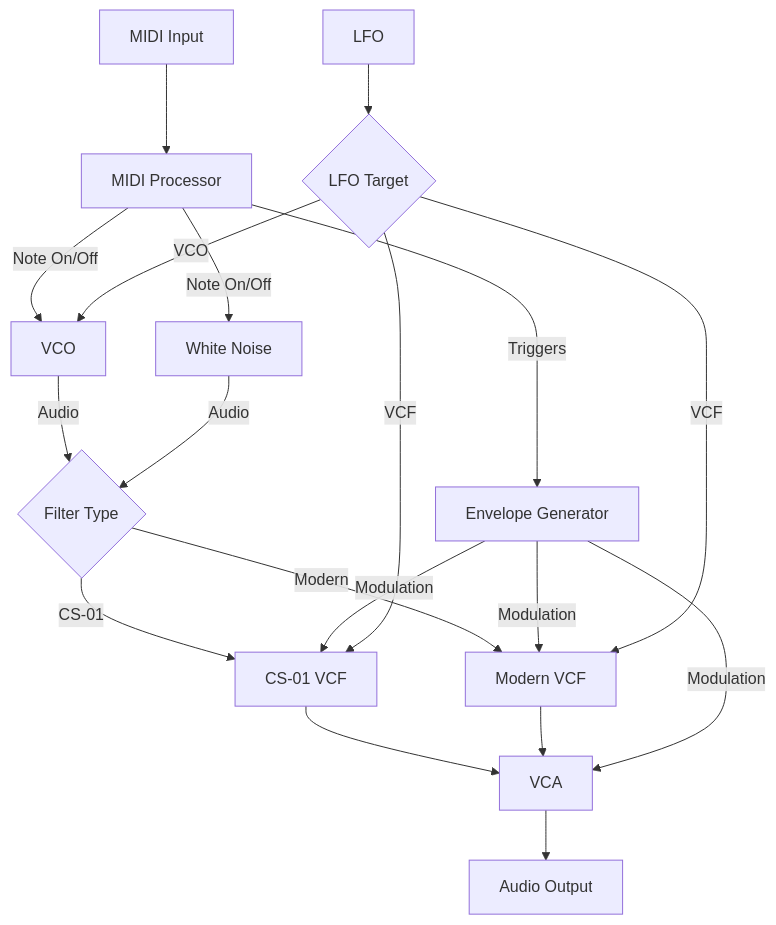
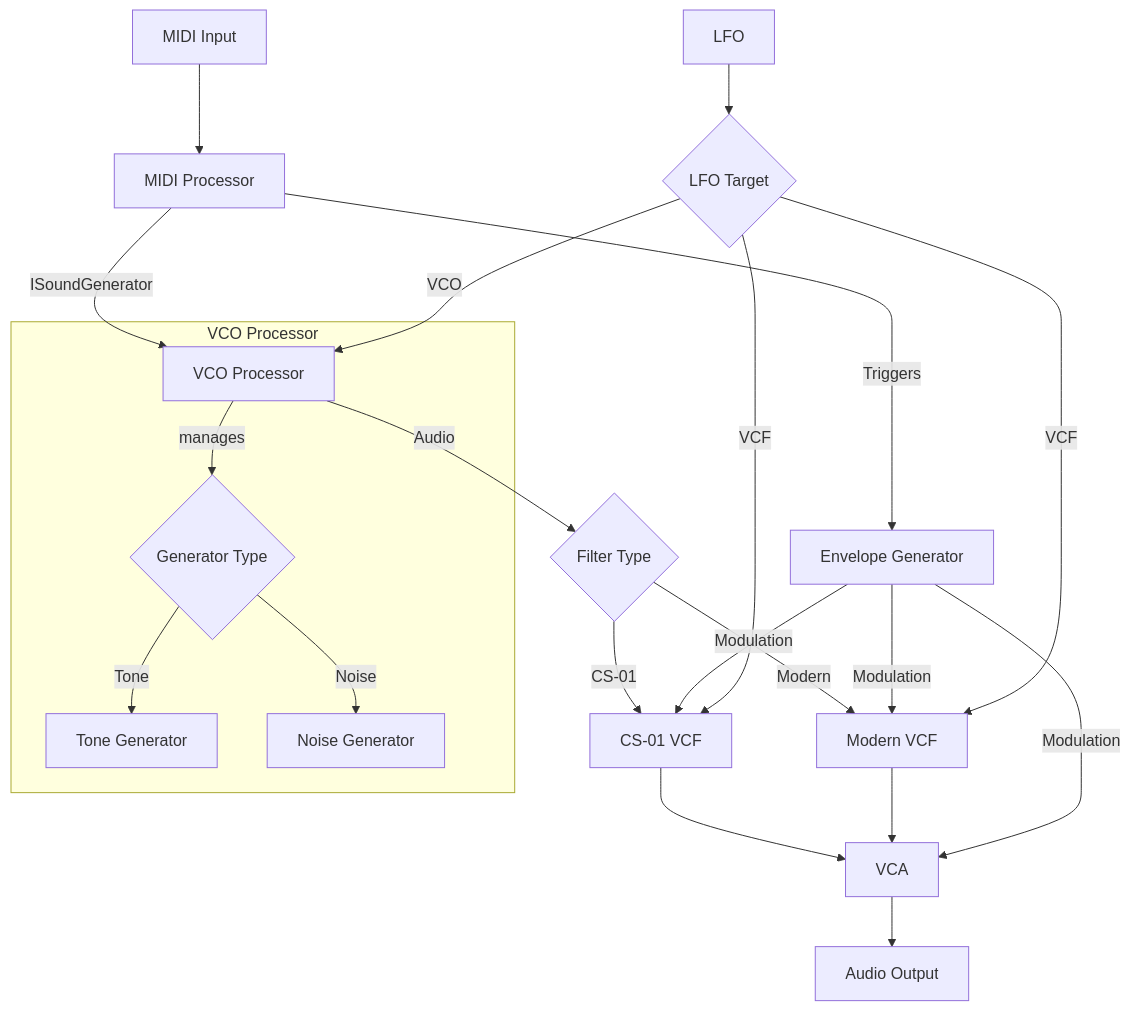
One commit to yasuyuki-baba/cheapsynth01 changed the diagram in README.md. Above: the diagram before and after it, drawn with Mermaid. The commit also changed other lines of this file and 17 other files, not shown here.

Commit message:
Refactor: Improve sound generation architecture

````diff
--- a/README.md
+++ b/README.md
@@ -19,27 +19,31 @@
 ```mermaid
 graph TD
     MIDI[MIDI Input] --> MidiProc[MIDI Processor]
-    MidiProc --> |Note On/Off| VCO[VCO]
-    MidiProc --> |Note On/Off| Noise[White Noise]
+    MidiProc --> |ISoundGenerator| VCO[VCO Processor]
     MidiProc --> |Triggers| EG[Envelope Generator]
     
+    subgraph "VCO Processor"
+        VCO --> |manages| GenSwitch{Generator Type}
+        GenSwitch --> |Tone| ToneGen[Tone Generator]
+        GenSwitch --> |Noise| NoiseGen[Noise Generator]
+    end
+    
     VCO --> |Audio| FilterSwitch{Filter Type}
-    Noise --> |Audio| FilterSwitch
     
     FilterSwitch --> |CS-01| CS01VCF[CS-01 VCF]
     FilterSwitch --> |Modern| ModernVCF[Modern VCF]
     
     CS01VCF --> VCA[VCA]
     ModernVCF --> VCA
     
     EG --> |Modulation| VCA
     EG --> |Modulation| CS01VCF
     EG --> |Modulation| ModernVCF
     
     LFO[LFO] --> LFOTarget{LFO Target}
     LFOTarget --> |VCO| VCO
     LFOTarget --> |VCF| CS01VCF
     LFOTarget --> |VCF| ModernVCF
     
     VCA --> Output[Audio Output]
 ```
````
